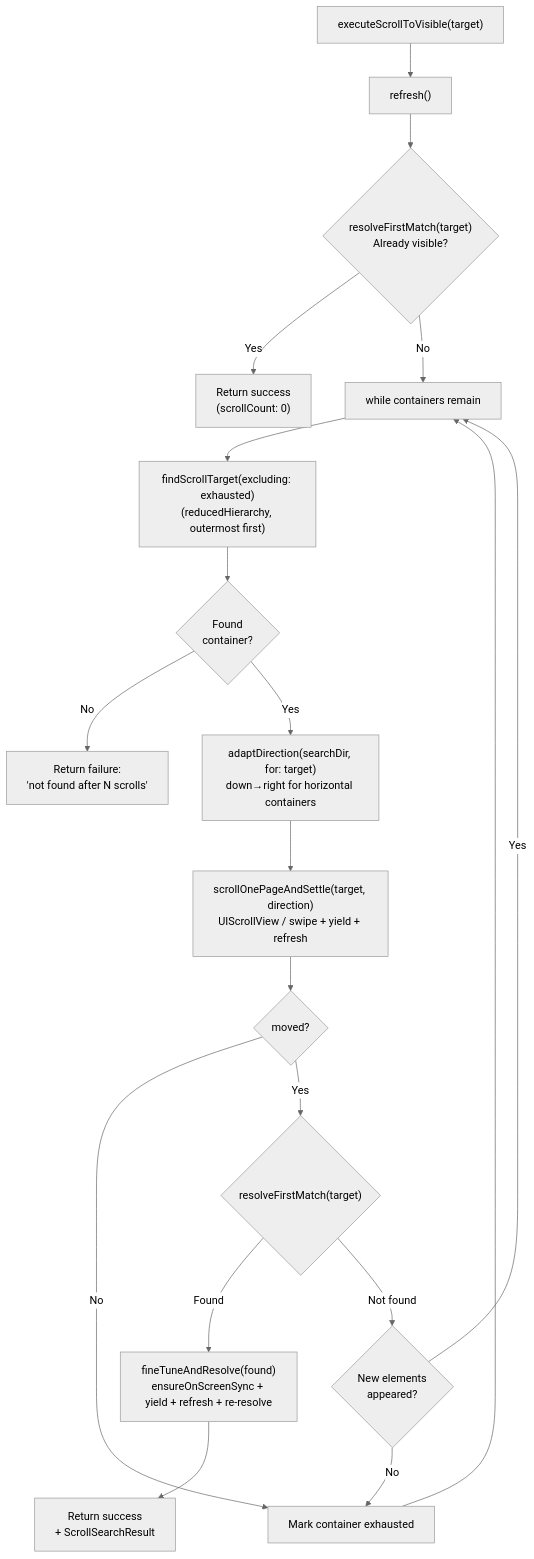
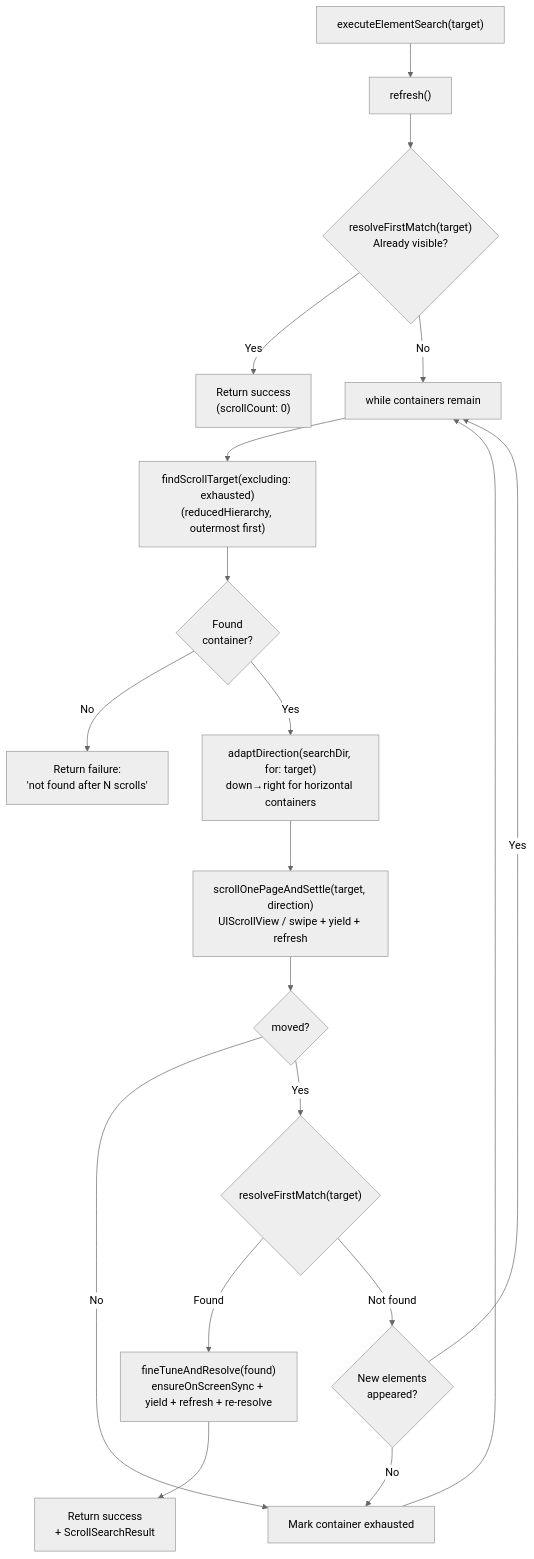
One commit to RoyalPineapple/TheButtonHeist changed the second of 2 diagrams in docs/dossiers/14a-SCROLLING.md. Above: the diagram before and after it, drawn with Mermaid (neutral theme). The commit also changed other lines of this file and 11 other files, not shown here.

````diff
--- a/docs/dossiers/14a-SCROLLING.md
+++ b/docs/dossiers/14a-SCROLLING.md
@@ -146,24 +155,24 @@
 ```mermaid
 flowchart TD
-    S["executeScrollToVisible(target)"] --> REF["refresh()"]
+    S["executeElementSearch(target)"] --> REF["refresh()"]
     REF --> CHK{"resolveFirstMatch(target)<br/>Already visible?"}
     CHK -->|Yes| DONE["Return success<br/>(scrollCount: 0)"]
     CHK -->|No| LOOP["while containers remain"]
 
     LOOP --> FIND["findScrollTarget(excluding: exhausted)<br/>(reducedHierarchy, outermost first)"]
     FIND --> SVOK{Found<br/>container?}
     SVOK -->|No| FAILN["Return failure:<br/>'not found after N scrolls'"]
     SVOK -->|Yes| ADAPT["adaptDirection(searchDir, for: target)<br/>down→right for horizontal containers"]
 
     ADAPT --> SCROLL["scrollOnePageAndSettle(target, direction)<br/>UIScrollView / swipe + yield + refresh"]
     SCROLL --> MOVED{moved?}
     MOVED -->|No| EXHAUST["Mark container exhausted"]
     EXHAUST --> LOOP
 
     MOVED -->|Yes| FM{"resolveFirstMatch(target)"}
     FM -->|Found| FT["fineTuneAndResolve(found)<br/>ensureOnScreenSync + yield + refresh + re-resolve"]
     FT --> END["Return success<br/>+ ScrollSearchResult"]
     FM -->|Not found| NEW{New elements<br/>appeared?}
     NEW -->|No| EXHAUST
     NEW -->|Yes| LOOP
 ```
````
